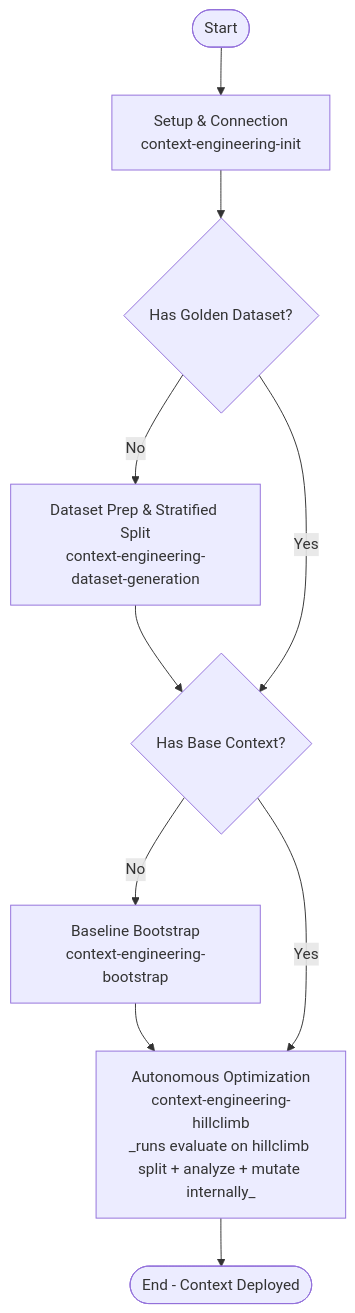
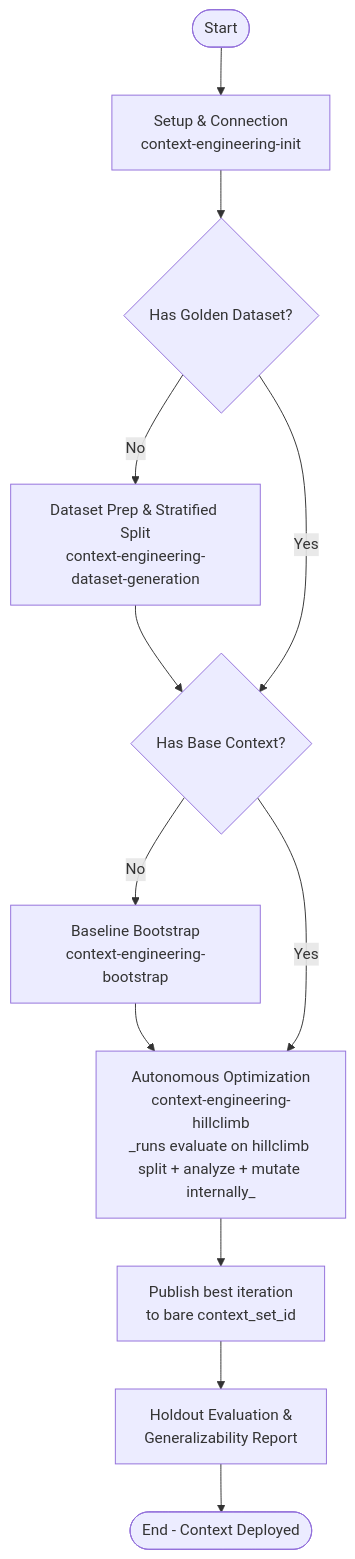
Before and after one commit to kartiknarula27/db-context-enrichment: the diagram in plugin/skills/context-engineering-workflow/SKILL.md, drawn with Mermaid. The commit also changed other lines of this file and 15 other files, not shown here.

````diff
--- a/plugin/skills/context-engineering-workflow/SKILL.md
+++ b/plugin/skills/context-engineering-workflow/SKILL.md
@@ -28,17 +28,21 @@
 ```mermaid
 flowchart TD
     Start([Start]) --> Setup[Setup & Connection
 context-engineering-init]
     Setup --> Dataset{Has Golden Dataset?}
     Dataset -- No --> DatasetPrep[Dataset Prep & Stratified Split
 context-engineering-dataset-generation]
     DatasetPrep --> BaseCheck
     Dataset -- Yes --> BaseCheck{Has Base Context?}
     BaseCheck -- No --> Bootstrap[Baseline Bootstrap
 context-engineering-bootstrap]
     Bootstrap --> Optimize
     BaseCheck -- Yes --> Optimize[Autonomous Optimization
 context-engineering-hillclimb
 _runs evaluate on hillclimb split + analyze + mutate internally_]
-    Optimize --> End([End - Context Deployed])
+    Optimize --> Publish[Publish best iteration
+to bare context_set_id]
+    Publish --> Holdout[Holdout Evaluation &
+Generalizability Report]
+    Holdout --> End([End - Context Deployed])
 ```
````
